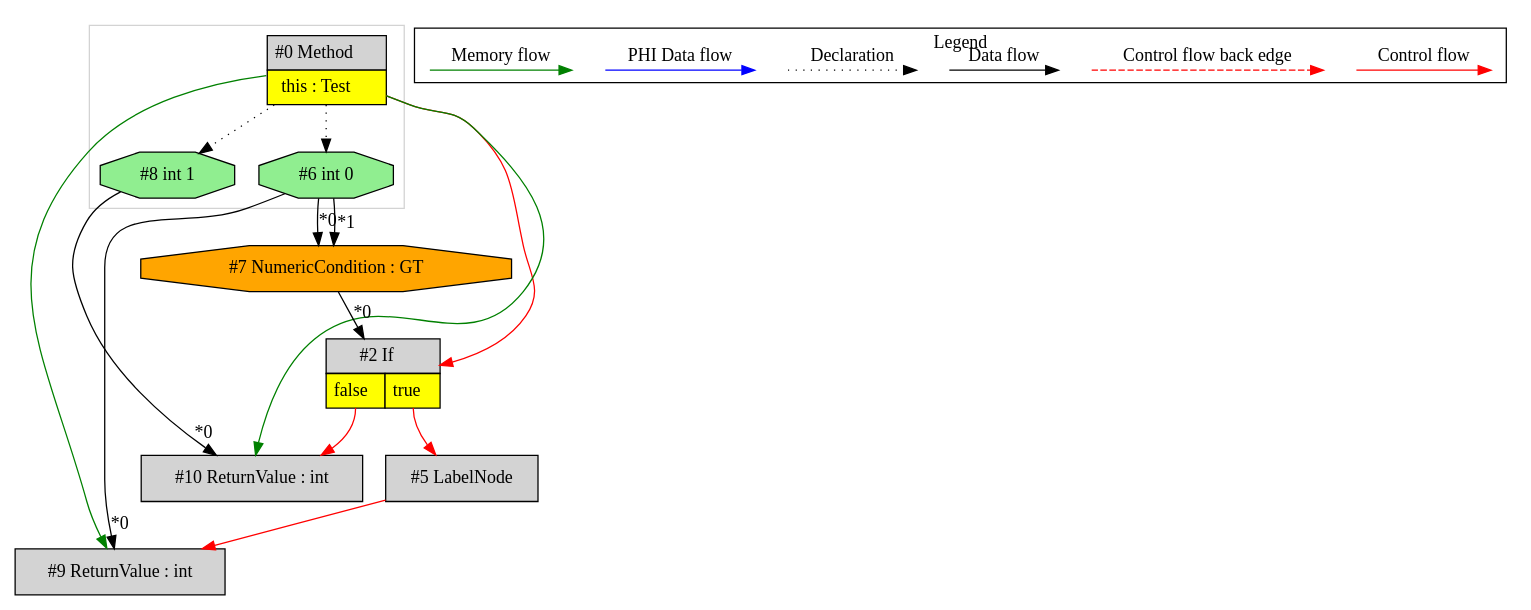
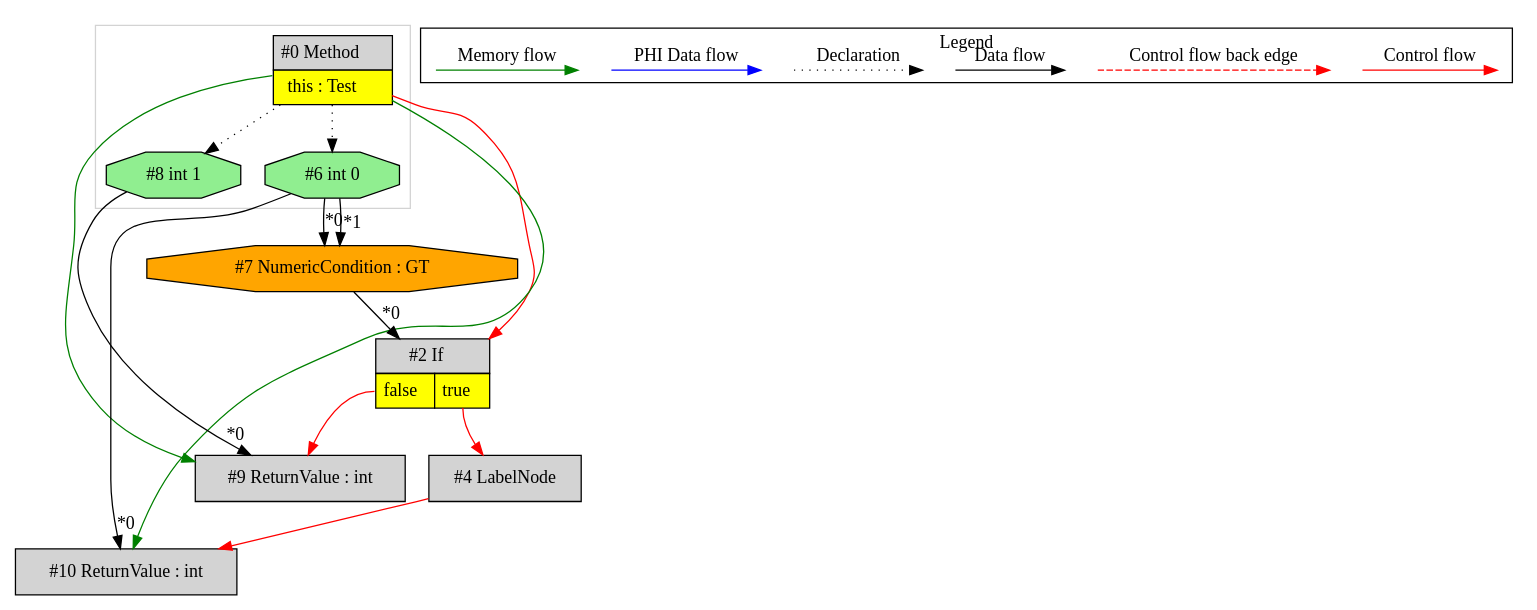
Before and after one commit to mirkosertic/MetaIR: the diagram in de.mirkosertic.metair.ir.OpcodeIFGTTest/test_IFGT/ir.dot, drawn with Graphviz. The commit also changed 571 other files, not shown here.

```diff
--- a/de.mirkosertic.metair.ir.OpcodeIFGTTest/test_IFGT/ir.dot
+++ b/de.mirkosertic.metair.ir.OpcodeIFGTTest/test_IFGT/ir.dot
@@ -1,55 +1,55 @@
 digraph {
  node0[margin="0", label=<<table border="0" cellborder="1" cellspacing="0" cellpadding="5"><tr><td colspan="1">#0 Method</td></tr><tr><td port="prj1" bgcolor="yellow">this : Test</td></tr></table>>,shape=none, fillcolor=lightgrey, style=filled];
- node2[margin="0", label=<<table border="0" cellborder="1" cellspacing="0" cellpadding="5"><tr><td colspan="2">#2 If</td></tr><tr><td port="prj3" bgcolor="yellow">false</td><td port="prj4" bgcolor="yellow">true</td></tr></table>>,shape=none, fillcolor=lightgrey, style=filled];
+ node8[label="#8 int 1",shape=octagon, fillcolor=lightgreen, style=filled];
+ node0 -> node8[style=dotted];
+ node9[label="#9 ReturnValue : int",shape=box, fillcolor=lightgrey, style=filled];
+ node8 -> node9[headlabel="*0", labeldistance=2];
+ node2:prj5 -> node9[labeldistance=2, color=red, fontcolor=red];
+ node0 -> node9[labeldistance=2, color=green, constraint=false];
+ node2[margin="0", label=<<table border="0" cellborder="1" cellspacing="0" cellpadding="5"><tr><td colspan="2">#2 If</td></tr><tr><td port="prj5" bgcolor="yellow">false</td><td port="prj3" bgcolor="yellow">true</td></tr></table>>,shape=none, fillcolor=lightgrey, style=filled];
  node7 -> node2[headlabel="*0", labeldistance=2];
  node0 -> node2[labeldistance=2, color=red, fontcolor=red];
  node7[label="#7 NumericCondition : GT",shape=octagon, fillcolor=orange, style=filled];
  node6 -> node7[headlabel="*0", labeldistance=2];
  node6 -> node7[headlabel="*1", labeldistance=2];
  node6[label="#6 int 0",shape=octagon, fillcolor=lightgreen, style=filled];
  node0 -> node6[style=dotted];
- node9[label="#9 ReturnValue : int",shape=box, fillcolor=lightgrey, style=filled];
- node6 -> node9[headlabel="*0", labeldistance=2];
- node5 -> node9[labeldistance=2, color=red, fontcolor=red];
- node0 -> node9[labeldistance=2, color=green, constraint=false];
- node5[label="#5 LabelNode",shape=box, fillcolor=lightgrey, style=filled];
- node2:prj4 -> node5[labeldistance=2, color=red, fontcolor=red];
  node10[label="#10 ReturnValue : int",shape=box, fillcolor=lightgrey, style=filled];
- node8 -> node10[headlabel="*0", labeldistance=2];
- node2:prj3 -> node10[labeldistance=2, color=red, fontcolor=red];
+ node6 -> node10[headlabel="*0", labeldistance=2];
+ node4 -> node10[labeldistance=2, color=red, fontcolor=red];
  node0 -> node10[labeldistance=2, color=green, constraint=false];
- node8[label="#8 int 1",shape=octagon, fillcolor=lightgreen, style=filled];
- node0 -> node8[style=dotted];
+ node4[label="#4 LabelNode",shape=box, fillcolor=lightgrey, style=filled];
+ node2:prj3 -> node4[labeldistance=2, color=red, fontcolor=red];
  subgraph cluster_0 {
   color=lightgray;
   node0;
   node6;
   node8;
  }
  subgraph cluster_000 {
   label = "Legend";
   node [shape=point]
   {
    rank=same;
    c0 [style = invis];
    c1 [style = invis];
    c2 [style = invis];
    c3 [style = invis];
    d0 [style = invis];
    d1 [style = invis];
    d2 [style = invis];
    d3 [style = invis];
    d4 [style = invis];
    d5 [style = invis];
    d6 [style = invis];
    d7 [style = invis];
   }
   c0 -> c1 [label="Control flow", style=solid, color=red]
   c2 -> c3 [label="Control flow back edge", style=dashed, color=red]
   d0 -> d1 [label="Data flow"]
   d2 -> d3 [label="Declaration", style=dotted]
   d4 -> d5 [label="PHI Data flow", color=blue]
   d6 -> d7 [label="Memory flow", color=green]
  }
 
 }
```
